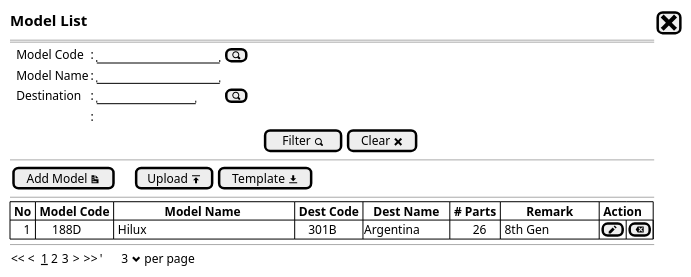
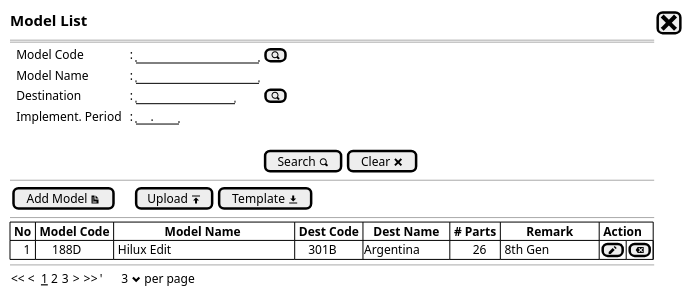
One commit to ari-fikri/packing-cost-mockup changed the diagram in Model/model - newstep0a.puml. Above: the diagram before and after it, drawn with PlantUML. The commit also changed 11 other files, not shown here.

Commit message:
- menambahkan material list - menambahkan material new - rename menu module type menjadi material - rename button filter di model menjadi search - rename button filter di project menjadi search

```diff
--- a/Model/model - newstep0a.puml
+++ b/Model/model - newstep0a.puml
@@ -1,27 +1,28 @@
 @startsalt
 {
   <size:15><b>Model List |[<size:25><&x>]|*
   ==
   {
     .|Model Code        |: |"               "|[<&magnifying-glass>]|*
     .|Model Name        |: |"               "|*
     .|Destination       |: |"            "|[<&magnifying-glass>]|*
-    .|.|:|*
+    .|Implement. Period  |: |"    ."|*
+    .
   }*
-  {|                                                                                |[Filter <&magnifying-glass>]|[Clear <&x>]|}
+  {|                                                                                |[Search <&magnifying-glass>]|[Clear <&x>]|}
   --
   {
     [Add Model <&document>]|.|.|.|[Upload <&data-transfer-upload>]| [Template <&data-transfer-download>]|* 
   }
   --
   {#
     | <b>No | <b>Model Code |                <b>Model Name                 | <b>Dest Code |   <b>Dest Name   | <b># Parts |<b>        Remark        |<b> Action |*|*|*
-    |    1  |     188D      | Hilux                                       |    301B       | Argentina        |       26   | 8th Gen           |[<&pencil>]|[<&delete>]|*
+    |    1  |     188D      | Hilux Edit                                   |    301B       | Argentina        |       26   | 8th Gen           |[<&pencil>]|[<&delete>]|*
   }
   --
   {
   << <  __1__ 2 3  > >>  |'      3 <&chevron-bottom> per page |*
   }
 
 }
 @endsalt
```
